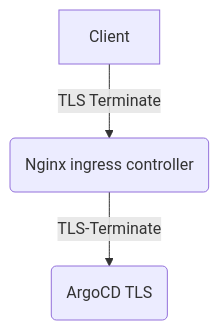
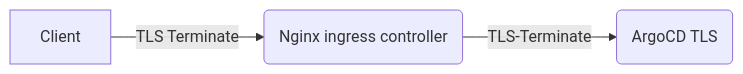
Before and after one commit to nguyenan122/k8s-self-learn: the second of 2 diagrams in ingress-nginx/ingress-backend-tls.md, drawn with Mermaid. The commit also changed other lines of this file, not shown here.

Commit message:
fix mermaid topdown to left-right

````diff
--- a/ingress-nginx/ingress-backend-tls.md
+++ b/ingress-nginx/ingress-backend-tls.md
@@ -43,4 +43,4 @@
 ```mermaid
-graph TD;
+flowchart LR;
     A[Client] -->|TLS Terminate| B(Nginx ingress controller) --> |TLS-Terminate| C(ArgoCD TLS)
 ```
````
